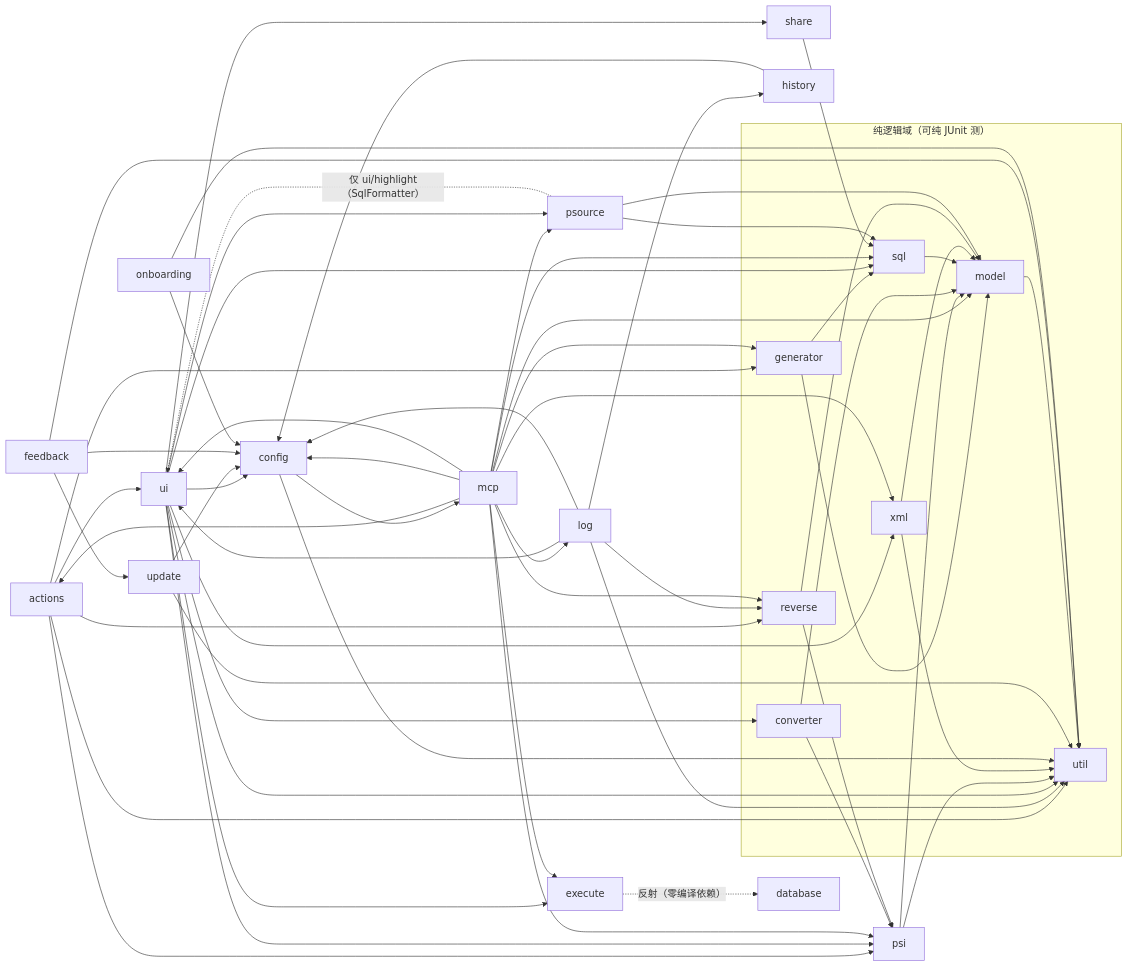
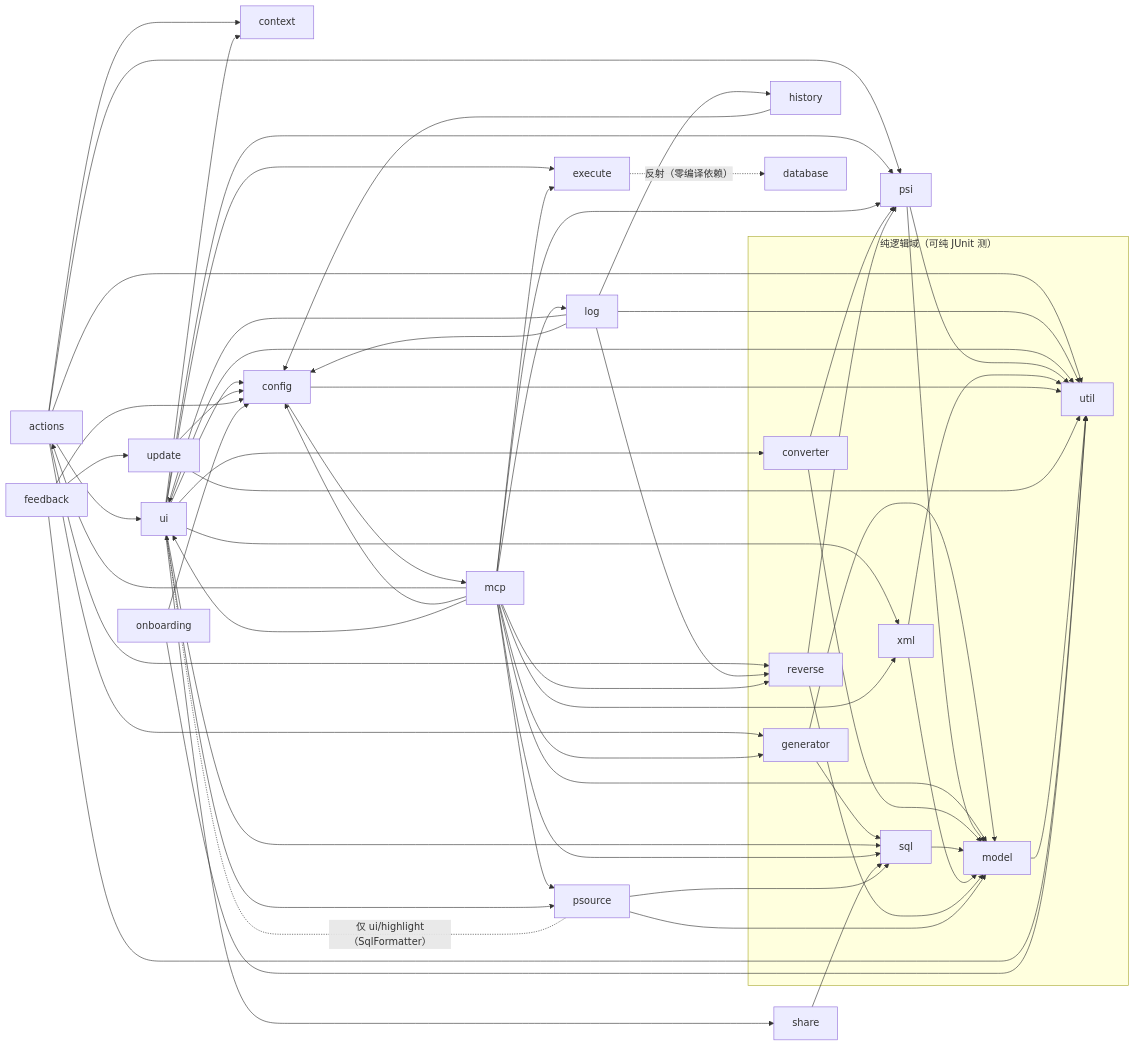
The third of 5 diagrams in docs/架构设计/01-项目架构总览.md (JayF211/mybatis-plus-sql-visualizer), drawn with Mermaid before and after one commit. The commit also changed other lines of this file and 5 other files, not shown here.

````diff
--- a/docs/架构设计/01-项目架构总览.md
+++ b/docs/架构设计/01-项目架构总览.md
@@ -157,72 +157,74 @@
 ```mermaid
 flowchart LR
     actions --> ui
     actions --> reverse
     actions --> psi
+    actions --> context
     actions --> util
     actions --> generator
     generator --> model
     generator --> sql
     log --> ui
     log --> reverse
     log --> history
     log --> config
     log --> util
     history --> config
     ui --> psi
+    ui --> context
     ui --> converter
     ui --> sql
     ui --> xml
     ui --> execute
     ui --> share
     ui --> config
     ui --> util
     mcp --> actions
     mcp --> config
     mcp --> execute
     mcp --> generator
     mcp --> log
     mcp --> model
     mcp --> psi
     mcp --> psource
     mcp --> reverse
     mcp --> sql
     mcp --> ui
     mcp --> xml
     config --> mcp
     psi --> model
     psi --> util
     converter --> model
     converter --> psi
     sql --> model
     xml --> model
     xml --> util
     reverse --> model
     reverse --> psi
     execute -. "反射（零编译依赖）" .-> database
     config --> util
     update --> config
     update --> util
     model --> util
     share --> sql
     psource --> model
     psource --> sql
     psource -. "仅 ui/highlight（SqlFormatter）" .-> ui
     ui --> psource
     feedback --> config
     feedback --> update
     feedback --> util
     onboarding --> config
     onboarding --> util
 
     subgraph 纯逻辑域["纯逻辑域（可纯 JUnit 测）"]
         model
         converter
         sql
         xml
         reverse
         generator
         util
         generator
     end
 ```
````
